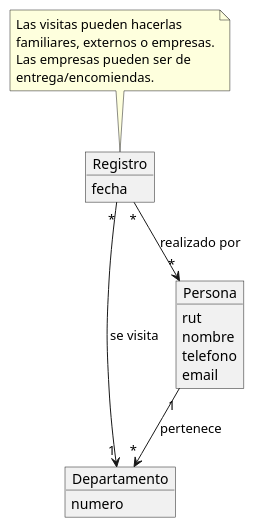
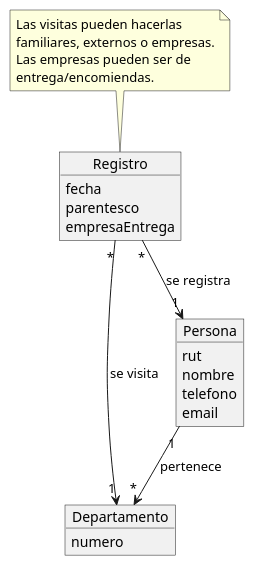
One commit to IgnacioNMiranda/concierge changed the diagram in backendweb/modelo.dominio.md. Above: the diagram before and after it, drawn with PlantUML. The commit also changed 1 other file, not shown here.

Commit message:
docs: updates on class diagram and domain model.

```diff
--- a/backendweb/modelo.dominio.md
+++ b/backendweb/modelo.dominio.md
@@ -3,22 +3,24 @@
 @startuml
 object Departamento {
   numero
 }
 
 object Persona {
     rut
     nombre
     telefono
     email
 }
 
 object Registro {
     fecha
+    parentesco
+    empresaEntrega
 }
 
 note top of Registro : Las visitas pueden hacerlas\nfamiliares, externos o empresas.\nLas empresas pueden ser de \nentrega/encomiendas.
 
 Persona "1" --> "*" Departamento : pertenece
-Registro "*" --> "*" Persona : realizado por 
+Registro "*" --> "1" Persona : se registra 
 Registro "*" --> "1" Departamento : se visita
 @enduml
```
